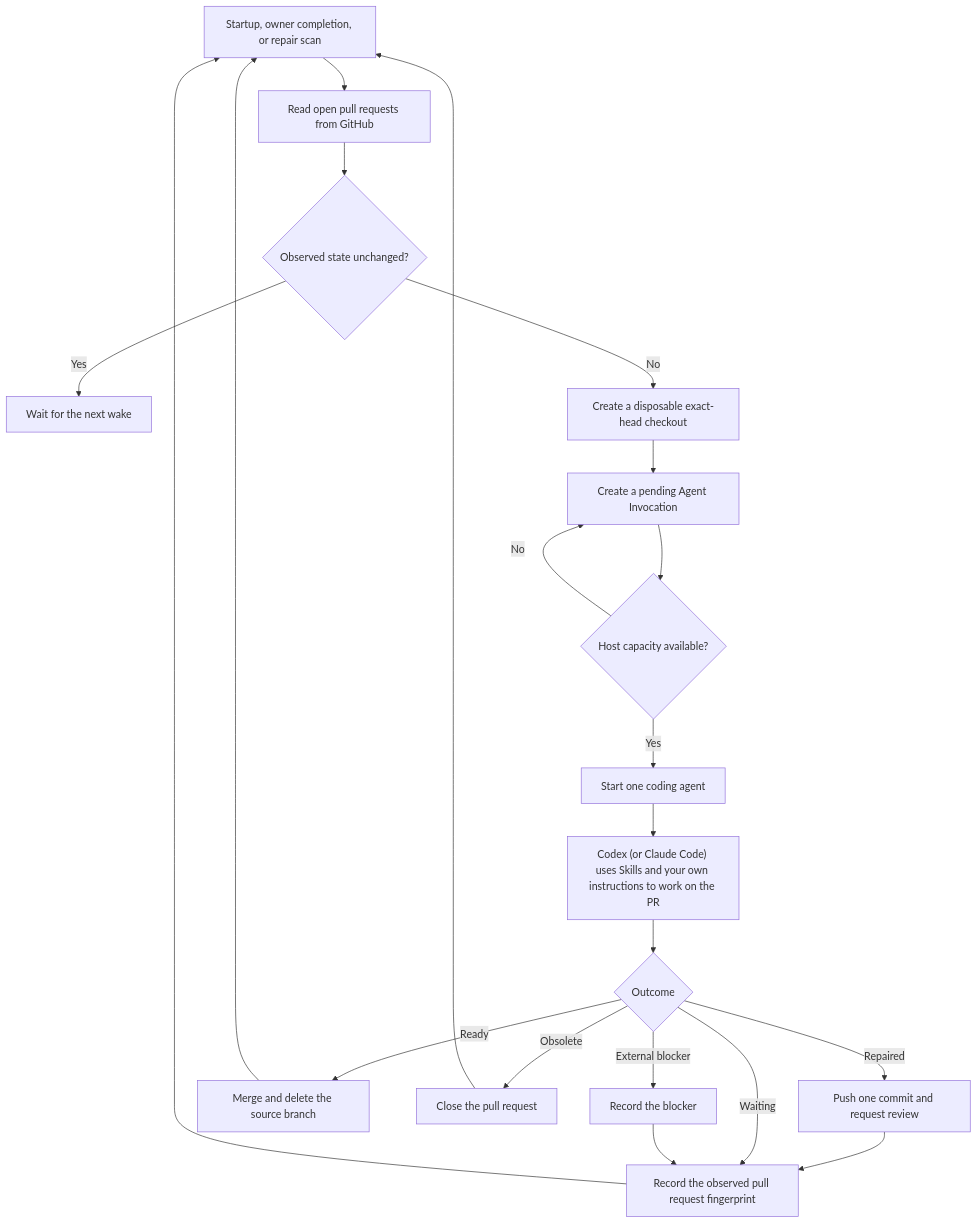
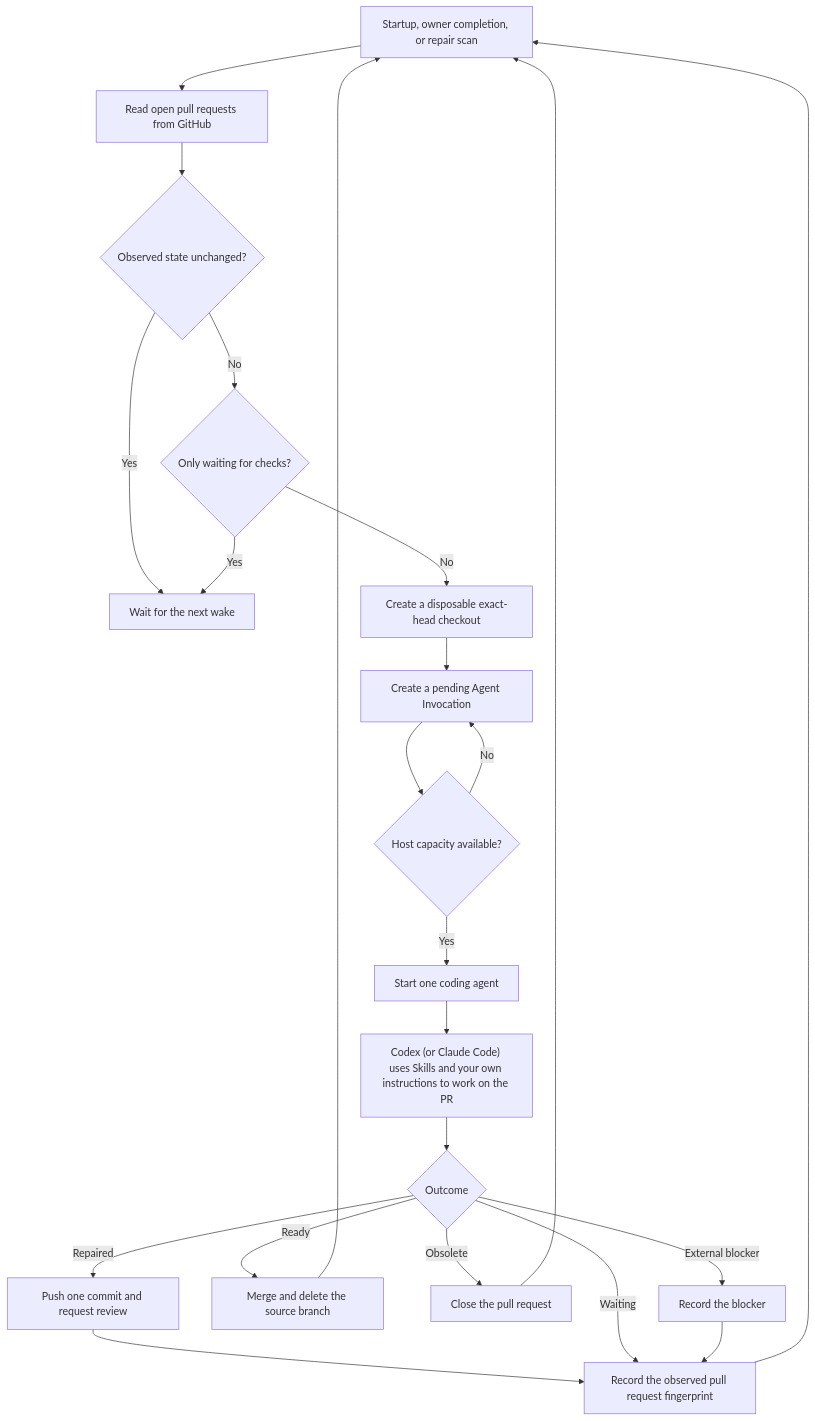
Before and after one commit to vite-hub/babysitter: the diagram in README.md, drawn with Mermaid. The commit also changed other lines of this file and 24 other files, not shown here.

````diff
--- a/README.md
+++ b/README.md
@@ -7,23 +7,25 @@
 ```mermaid
 flowchart TD
     wake["Startup, owner completion, or repair scan"] --> discover["Read open pull requests from GitHub"]
     discover --> unchanged{"Observed state unchanged?"}
     unchanged -- Yes --> wait["Wait for the next wake"]
-    unchanged -- No --> checkout["Create a disposable exact-head checkout"]
+    unchanged -- No --> gate{"Only waiting for checks?"}
+    gate -- Yes --> wait
+    gate -- No --> checkout["Create a disposable exact-head checkout"]
     checkout --> pending["Create a pending Agent Invocation"]
     pending --> capacity{"Host capacity available?"}
     capacity -- No --> pending
     capacity -- Yes --> agent["Start one coding agent"]
     agent --> work["Codex (or Claude Code) uses Skills and your own instructions to work on the PR"]
     work --> outcome{"Outcome"}
     outcome -- Repaired --> review["Push one commit and request review"]
     review --> park["Record the observed pull request fingerprint"]
     outcome -- Waiting --> park
     outcome -- Ready --> merge["Merge and delete the source branch"]
     outcome -- Obsolete --> close["Close the pull request"]
     outcome -- External blocker --> block["Record the blocker"]
     block --> park
     park --> wake
     merge --> wake
     close --> wake
 ```
````
